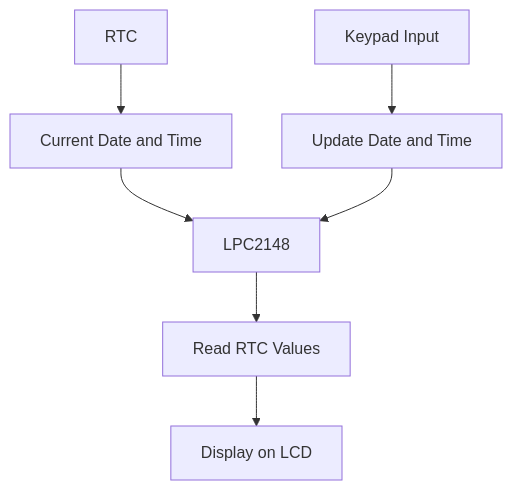
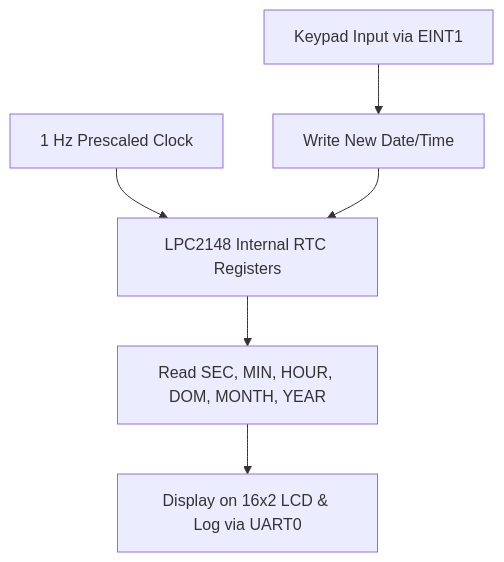
One commit to maghambhanu/LPC2148-Industrial-Environment-Monitor changed the sixth of 10 diagrams in README.md. Above: the diagram before and after it, drawn with Mermaid. The commit also changed other lines of this file, not shown here.

````diff
--- a/README.md
+++ b/README.md
@@ -280,9 +242,8 @@
 ```mermaid
 flowchart TD
-    A[RTC] --> B[Current Date and Time]
-    B --> C[LPC2148]
-    C --> D[Read RTC Values]
-    D --> E[Display on LCD]
-    F[Keypad Input] --> G[Update Date and Time]
-    G --> C
+    A[1 Hz Prescaled Clock] --> B[LPC2148 Internal RTC Registers]
+    B --> C[Read SEC, MIN, HOUR, DOM, MONTH, YEAR]
+    C --> D[Display on 16x2 LCD & Log via UART0]
+    E[Keypad Input via EINT1] --> F[Write New Date/Time]
+    F --> B
 ```
````
